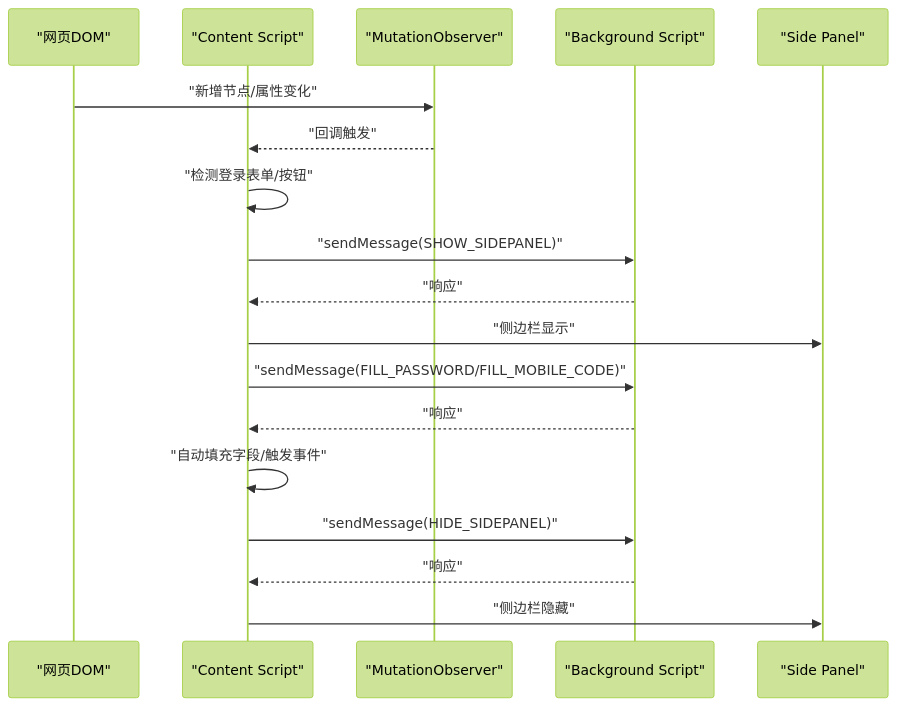
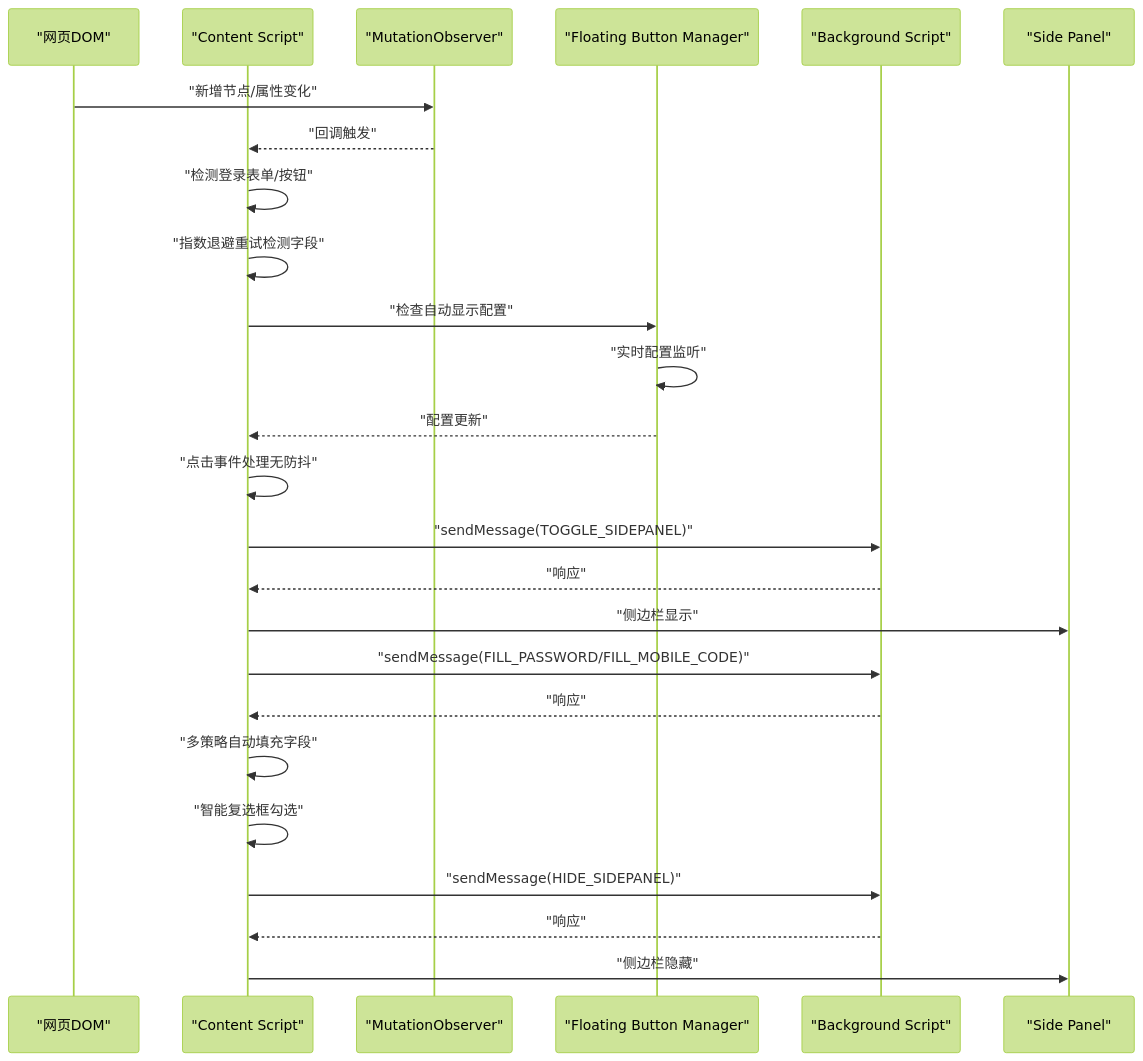
The second of 3 diagrams in .qoder/repowiki/zh/content/扩展入口点/Content Script.md (liaolongdong/account-password-helper), drawn with Mermaid (forest theme) before and after one commit. The commit also changed other lines of this file and 23 other files, not shown here.

````diff
--- a/.qoder/repowiki/zh/content/扩展入口点/Content Script.md
+++ b/.qoder/repowiki/zh/content/扩展入口点/Content Script.md
@@ -89,20 +98,27 @@
 ```mermaid
 sequenceDiagram
 participant Page as "网页DOM"
 participant CS as "Content Script"
 participant MO as "MutationObserver"
+participant FBM as "Floating Button Manager"
 participant BG as "Background Script"
 participant SP as "Side Panel"
 Page->>MO : "新增节点/属性变化"
 MO-->>CS : "回调触发"
 CS->>CS : "检测登录表单/按钮"
-CS->>BG : "sendMessage(SHOW_SIDEPANEL)"
+CS->>CS : "指数退避重试检测字段"
+CS->>FBM : "检查自动显示配置"
+FBM->>FBM : "实时配置监听"
+FBM-->>CS : "配置更新"
+CS->>CS : "点击事件处理无防抖"
+CS->>BG : "sendMessage(TOGGLE_SIDEPANEL)"
 BG-->>CS : "响应"
 CS->>SP : "侧边栏显示"
 CS->>BG : "sendMessage(FILL_PASSWORD/FILL_MOBILE_CODE)"
 BG-->>CS : "响应"
-CS->>CS : "自动填充字段/触发事件"
+CS->>CS : "多策略自动填充字段"
+CS->>CS : "智能复选框勾选"
 CS->>BG : "sendMessage(HIDE_SIDEPANEL)"
 BG-->>CS : "响应"
 CS->>SP : "侧边栏隐藏"
 ```
````
